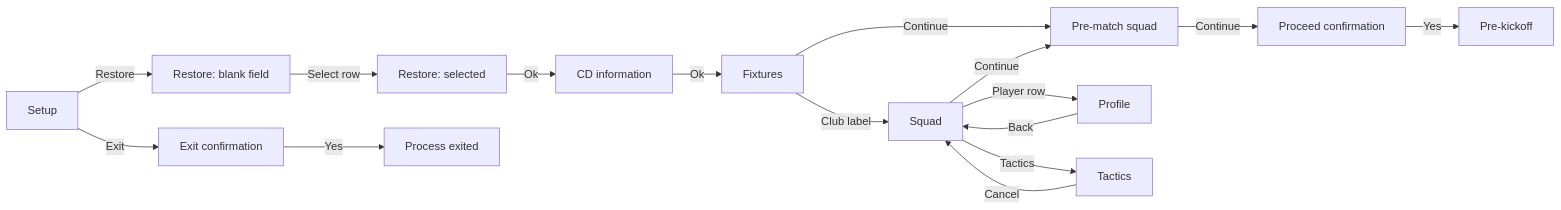
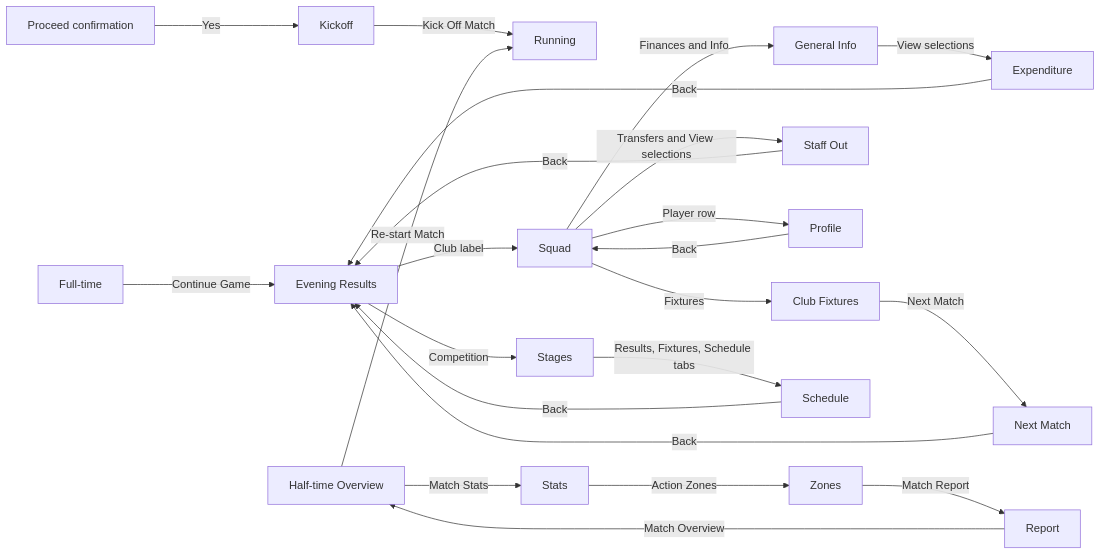
One commit to derekrivers/Reversal changed the diagram in reports/ui-map-41.md. Above: the diagram before and after it, drawn with Mermaid. The commit also changed other lines of this file and 3 other files, not shown here.

````diff
--- a/reports/ui-map-41.md
+++ b/reports/ui-map-41.md
@@ -20,18 +34,25 @@
 ```mermaid
 flowchart LR
-  Setup -->|Restore|Blank[Restore: blank field]
-  Blank -->|Select row|Selected[Restore: selected]
-  Selected -->|Ok|Media[CD information]
-  Media -->|Ok|Fixtures
-  Fixtures -->|Club label|Squad
-  Fixtures -->|Continue|Prematch[Pre-match squad]
+  Confirm[Proceed confirmation] -->|Yes|Kickoff
+  Kickoff -->|Kick Off Match|Running
+  HalfTime[Half-time Overview] -->|Match Stats|Stats
+  Stats -->|Action Zones|Zones
+  Zones -->|Match Report|Report
+  Report -->|Match Overview|HalfTime
+  HalfTime -->|Re-start Match|Running
+  FullTime[Full-time] -->|Continue Game|Results[Evening Results]
+  Results -->|Club label|Squad
+  Squad -->|Finances and Info|General[General Info]
+  General -->|View selections|Expenditure
+  Expenditure -->|Back|Results
+  Squad -->|Transfers and View selections|StaffOut[Staff Out]
+  StaffOut -->|Back|Results
   Squad -->|Player row|Profile
   Profile -->|Back|Squad
-  Squad -->|Tactics|Tactics
-  Tactics -->|Cancel|Squad
-  Squad -->|Continue|Prematch
-  Prematch -->|Continue|Confirm[Proceed confirmation]
-  Confirm -->|Yes|Kickoff[Pre-kickoff]
-  Setup -->|Exit|Exit[Exit confirmation]
-  Exit -->|Yes|Closed[Process exited]
+  Squad -->|Fixtures|ClubFixtures[Club Fixtures]
+  ClubFixtures -->|Next Match|NextMatch[Next Match]
+  NextMatch -->|Back|Results
+  Results -->|Competition|Stages
+  Stages -->|Results, Fixtures, Schedule tabs|Schedule
+  Schedule -->|Back|Results
 ```
````
